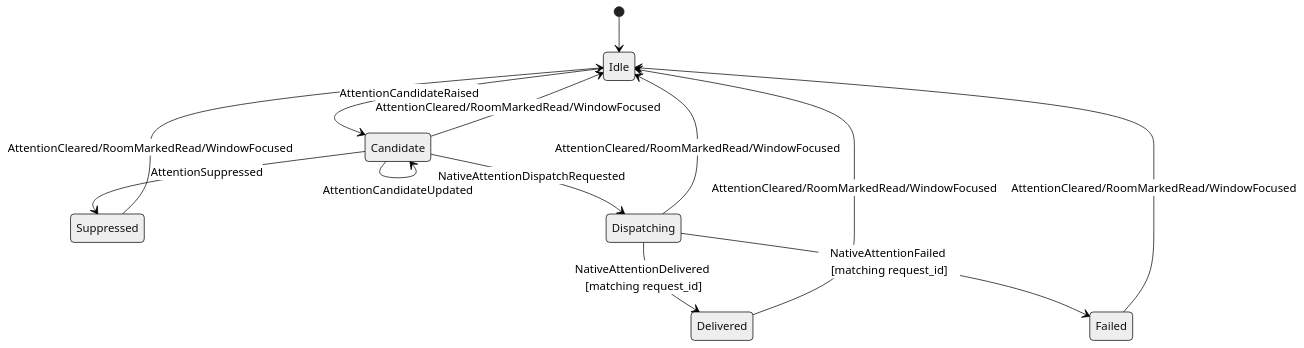
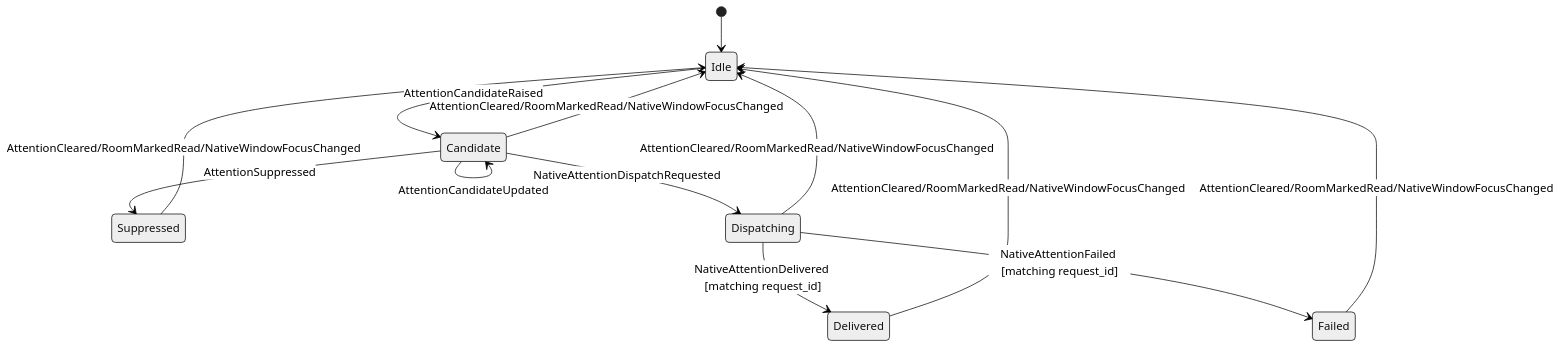
Diagram 53 of 58 in docs/architecture/state-machine.md (hz-xiaxz/koushi-matrix), drawn with Mermaid (neutral theme) before and after one commit. The commit also changed other lines of this file and 2 other files, not shown here.

Commit message:
docs: record native attention focus flow

````diff
--- a/docs/architecture/state-machine.md
+++ b/docs/architecture/state-machine.md
@@ -2880,15 +2880,15 @@
 ```mermaid
 stateDiagram-v2
     [*] --> Idle
     Idle --> Candidate: AttentionCandidateRaised
     Candidate --> Candidate: AttentionCandidateUpdated
     Candidate --> Suppressed: AttentionSuppressed
     Candidate --> Dispatching: NativeAttentionDispatchRequested
     Dispatching --> Delivered: NativeAttentionDelivered [matching request_id]
     Dispatching --> Failed: NativeAttentionFailed [matching request_id]
-    Delivered --> Idle: AttentionCleared/RoomMarkedRead/WindowFocused
-    Suppressed --> Idle: AttentionCleared/RoomMarkedRead/WindowFocused
-    Failed --> Idle: AttentionCleared/RoomMarkedRead/WindowFocused
-    Candidate --> Idle: AttentionCleared/RoomMarkedRead/WindowFocused
-    Dispatching --> Idle: AttentionCleared/RoomMarkedRead/WindowFocused
+    Delivered --> Idle: AttentionCleared/RoomMarkedRead/NativeWindowFocusChanged
+    Suppressed --> Idle: AttentionCleared/RoomMarkedRead/NativeWindowFocusChanged
+    Failed --> Idle: AttentionCleared/RoomMarkedRead/NativeWindowFocusChanged
+    Candidate --> Idle: AttentionCleared/RoomMarkedRead/NativeWindowFocusChanged
+    Dispatching --> Idle: AttentionCleared/RoomMarkedRead/NativeWindowFocusChanged
 ```
````
